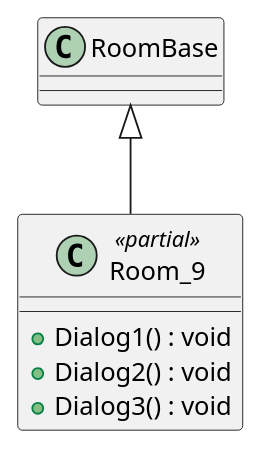
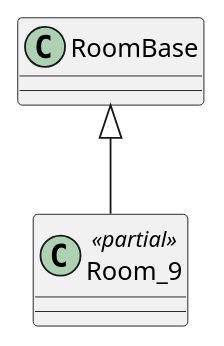
Before and after one commit to AlbinWalleniusWoxnerud/Prog2: the diagram in project/plantuml/docs/out/Rooms/Room9/Room9Dialog.puml, drawn with PlantUML. The commit also changed 55 other files, not shown here.

```diff
--- a/project/plantuml/docs/out/Rooms/Room9/Room9Dialog.puml
+++ b/project/plantuml/docs/out/Rooms/Room9/Room9Dialog.puml
@@ -1,8 +1,5 @@
 @startuml
 class Room_9 <<partial>> {
-    + Dialog1() : void
-    + Dialog2() : void
-    + Dialog3() : void
 }
 RoomBase <|-- Room_9
 @enduml
```
